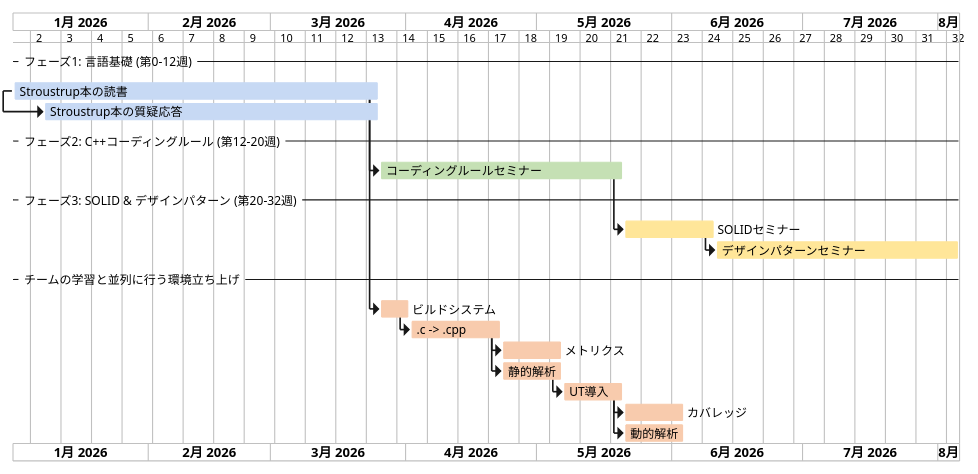
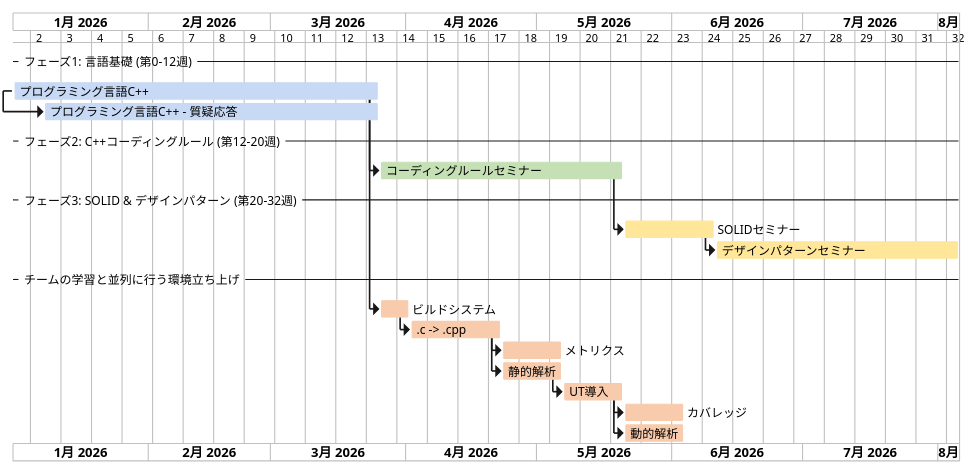
Before and after one commit to ichiroprogrammer/from_c_to_cpp: the diagram in plant_uml/cpp_learning_gantt_para2.pu, drawn with PlantUML. The commit also changed 11 other files, not shown here.

```diff
--- a/plant_uml/cpp_learning_gantt_para2.pu
+++ b/plant_uml/cpp_learning_gantt_para2.pu
@@ -1,31 +1,31 @@
 @startgantt
 
 scale max 750 width
 
 printscale weekly
 Project starts the 2026-1-1
 language ja
 
 ' ==== Phase 1 ====
 -- フェーズ1: 言語基礎 (第0-12週) --
-[Stroustrup本の読書] lasts 12 weeks and is colored in #C7D9F4
-[Stroustrup本の質疑応答] starts 1 weeks after [Stroustrup本の読書]'s start and lasts 11 weeks and is colored in #C7D9F4
+[プログラミング言語C++] lasts 12 weeks and is colored in #C7D9F4
+[プログラミング言語C++ - 質疑応答] starts 1 weeks after [プログラミング言語C++]'s start and lasts 11 weeks and is colored in #C7D9F4
 
 ' ==== Phase 2 ====
 -- フェーズ2: C++コーディングルール (第12-20週) --
-[コーディングルールセミナー] starts after [Stroustrup本の読書]'s end and lasts 8 weeks and is colored in #C5E0B4
+[コーディングルールセミナー] starts after [プログラミング言語C++]'s end and lasts 8 weeks and is colored in #C5E0B4
 
 ' ==== Phase 3 ====
 -- フェーズ3: SOLID & デザインパターン (第20-32週) --
 [SOLIDセミナー] starts after [コーディングルールセミナー]'s end and lasts 3 weeks and is colored in #FFE699
 [デザインパターンセミナー] starts after [SOLIDセミナー]'s end and lasts 8 weeks and is colored in #FFE699
 
 -- チームの学習と並列に行う環境立ち上げ --
-[ビルドシステム] starts after [Stroustrup本の読書]'s end and lasts 1 weeks and is colored in #F8CBAD
+[ビルドシステム] starts after [プログラミング言語C++]'s end and lasts 1 weeks and is colored in #F8CBAD
 [.c -> .cpp] starts after [ビルドシステム]'s end and lasts 3 weeks and is colored in #F8CBAD
 [メトリクス] starts after [.c -> .cpp]'s end and lasts 2 weeks and is colored in #F8CBAD
 [静的解析] starts after [.c -> .cpp]'s end and lasts 2 weeks and is colored in #F8CBAD
 [UT導入] starts after [静的解析]'s end and lasts 2 weeks and is colored in #F8CBAD
 [カバレッジ] starts after [UT導入]'s end and lasts 2 weeks and is colored in #F8CBAD
 [動的解析] starts after [UT導入]'s end and lasts 2 weeks and is colored in #F8CBAD
 @endgantt
```
